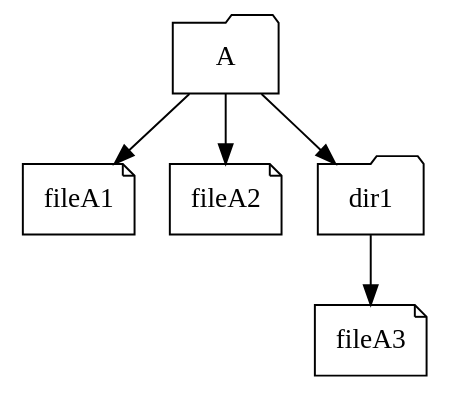
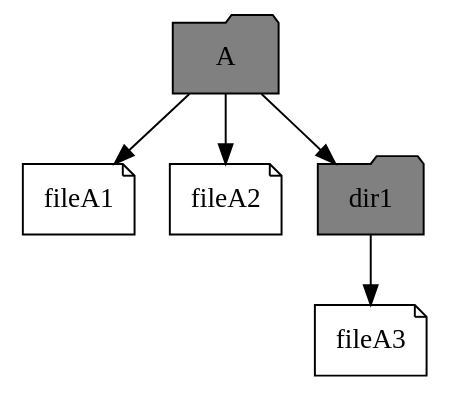
Before and after one commit to nathanwiegand/funion: the diagram in images/dots/Adir.dot, drawn with Graphviz. The commit also changed 5 other files, not shown here.

```diff
--- a/images/dots/Adir.dot
+++ b/images/dots/Adir.dot
@@ -1,15 +1,15 @@
 digraph G
 {
 
-        A [shape=folder, label="A"];
+        A [style=filled,fillcolor=gray,shape=folder, label="A"];
         fileA1 [shape=note, label="fileA1"]
         fileA2 [shape=note, label="fileA2"]
-        Adir1  [shape=folder, label="dir1"]
+        Adir1  [style=filled,fillcolor=gray,shape=folder, label="dir1"]
         fileA3 [shape=note, label="fileA3"]
 
 
         "A" -> "fileA1";
         "A" -> "fileA2";
         "A" -> "Adir1";
         "Adir1" -> "fileA3";
 }
```
